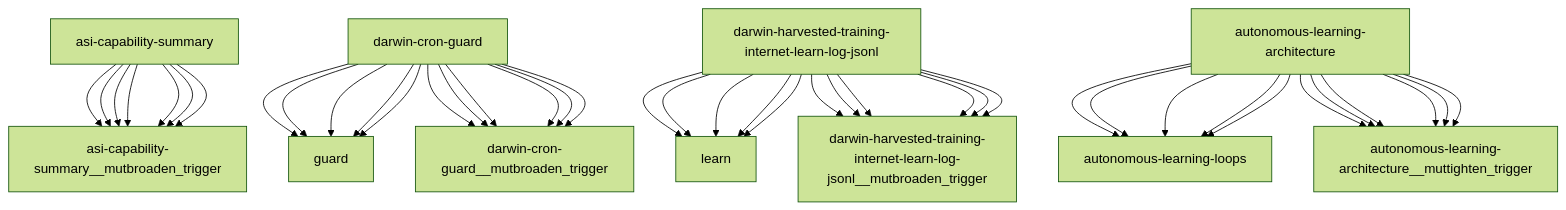
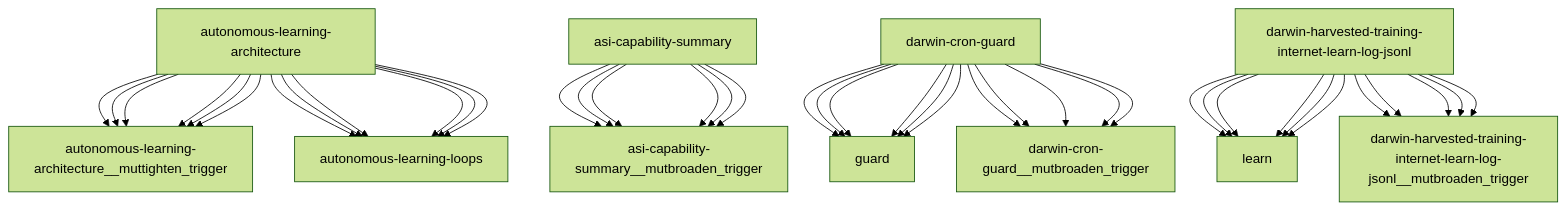
Before and after one commit to openamer/openamer: the diagram in reports/darwin-report.md, drawn with Mermaid (forest theme). The commit also changed other lines of this file and 21 other files, not shown here.

````diff
--- a/reports/darwin-report.md
+++ b/reports/darwin-report.md
@@ -74,43 +74,43 @@
 ```mermaid
 graph TD
+    autonomous-learning-architecture["autonomous-learning-architecture"] --> autonomous-learning-architecture__muttighten_trigger["autonomous-learning-architecture__muttighten_trigger"]
     asi-capability-summary["asi-capability-summary"] --> asi-capability-summary__mutbroaden_trigger["asi-capability-summary__mutbroaden_trigger"]
     darwin-cron-guard["darwin-cron-guard"] --> guard["guard"]
     darwin-harvested-training-internet-learn-log-jsonl["darwin-harvested-training-internet-learn-log-jsonl"] --> learn["learn"]
     autonomous-learning-architecture["autonomous-learning-architecture"] --> autonomous-learning-loops["autonomous-learning-loops"]
-    darwin-cron-guard["darwin-cron-guard"] --> darwin-cron-guard__mutbroaden_trigger["darwin-cron-guard__mutbroaden_trigger"]
-    darwin-harvested-training-internet-learn-log-jsonl["darwin-harvested-training-internet-learn-log-jsonl"] --> darwin-harvested-training-internet-learn-log-jsonl__mutbroaden_trigger["darwin-harvested-training-internet-learn-log-jsonl__mutbroaden_trigger"]
-    autonomous-learning-architecture["autonomous-learning-architecture"] --> autonomous-learning-architecture__muttighten_trigger["autonomous-learning-architecture__muttighten_trigger"]
-    asi-capability-summary["asi-capability-summary"] --> asi-capability-summary__mutbroaden_trigger["asi-capability-summary__mutbroaden_trigger"]
     darwin-cron-guard["darwin-cron-guard"] --> darwin-cron-guard__mutbroaden_trigger["darwin-cron-guard__mutbroaden_trigger"]
     darwin-harvested-training-internet-learn-log-jsonl["darwin-harvested-training-internet-learn-log-jsonl"] --> darwin-harvested-training-internet-learn-log-jsonl__mutbroaden_trigger["darwin-harvested-training-internet-learn-log-jsonl__mutbroaden_trigger"]
     autonomous-learning-architecture["autonomous-learning-architecture"] --> autonomous-learning-architecture__muttighten_trigger["autonomous-learning-architecture__muttighten_trigger"]
     asi-capability-summary["asi-capability-summary"] --> asi-capability-summary__mutbroaden_trigger["asi-capability-summary__mutbroaden_trigger"]
     darwin-cron-guard["darwin-cron-guard"] --> guard["guard"]
     darwin-harvested-training-internet-learn-log-jsonl["darwin-harvested-training-internet-learn-log-jsonl"] --> learn["learn"]
     autonomous-learning-architecture["autonomous-learning-architecture"] --> autonomous-learning-loops["autonomous-learning-loops"]
     darwin-cron-guard["darwin-cron-guard"] --> darwin-cron-guard__mutbroaden_trigger["darwin-cron-guard__mutbroaden_trigger"]
     darwin-harvested-training-internet-learn-log-jsonl["darwin-harvested-training-internet-learn-log-jsonl"] --> darwin-harvested-training-internet-learn-log-jsonl__mutbroaden_trigger["darwin-harvested-training-internet-learn-log-jsonl__mutbroaden_trigger"]
     autonomous-learning-architecture["autonomous-learning-architecture"] --> autonomous-learning-architecture__muttighten_trigger["autonomous-learning-architecture__muttighten_trigger"]
     asi-capability-summary["asi-capability-summary"] --> asi-capability-summary__mutbroaden_trigger["asi-capability-summary__mutbroaden_trigger"]
     darwin-cron-guard["darwin-cron-guard"] --> guard["guard"]
     darwin-harvested-training-internet-learn-log-jsonl["darwin-harvested-training-internet-learn-log-jsonl"] --> learn["learn"]
     autonomous-learning-architecture["autonomous-learning-architecture"] --> autonomous-learning-loops["autonomous-learning-loops"]
     darwin-cron-guard["darwin-cron-guard"] --> darwin-cron-guard__mutbroaden_trigger["darwin-cron-guard__mutbroaden_trigger"]
     darwin-harvested-training-internet-learn-log-jsonl["darwin-harvested-training-internet-learn-log-jsonl"] --> darwin-harvested-training-internet-learn-log-jsonl__mutbroaden_trigger["darwin-harvested-training-internet-learn-log-jsonl__mutbroaden_trigger"]
     autonomous-learning-architecture["autonomous-learning-architecture"] --> autonomous-learning-architecture__muttighten_trigger["autonomous-learning-architecture__muttighten_trigger"]
     asi-capability-summary["asi-capability-summary"] --> asi-capability-summary__mutbroaden_trigger["asi-capability-summary__mutbroaden_trigger"]
+    darwin-cron-guard["darwin-cron-guard"] --> guard["guard"]
+    darwin-harvested-training-internet-learn-log-jsonl["darwin-harvested-training-internet-learn-log-jsonl"] --> learn["learn"]
+    autonomous-learning-architecture["autonomous-learning-architecture"] --> autonomous-learning-loops["autonomous-learning-loops"]
     darwin-cron-guard["darwin-cron-guard"] --> darwin-cron-guard__mutbroaden_trigger["darwin-cron-guard__mutbroaden_trigger"]
     darwin-harvested-training-internet-learn-log-jsonl["darwin-harvested-training-internet-learn-log-jsonl"] --> darwin-harvested-training-internet-learn-log-jsonl__mutbroaden_trigger["darwin-harvested-training-internet-learn-log-jsonl__mutbroaden_trigger"]
     autonomous-learning-architecture["autonomous-learning-architecture"] --> autonomous-learning-architecture__muttighten_trigger["autonomous-learning-architecture__muttighten_trigger"]
     asi-capability-summary["asi-capability-summary"] --> asi-capability-summary__mutbroaden_trigger["asi-capability-summary__mutbroaden_trigger"]
     darwin-cron-guard["darwin-cron-guard"] --> guard["guard"]
     darwin-harvested-training-internet-learn-log-jsonl["darwin-harvested-training-internet-learn-log-jsonl"] --> learn["learn"]
     autonomous-learning-architecture["autonomous-learning-architecture"] --> autonomous-learning-loops["autonomous-learning-loops"]
     darwin-cron-guard["darwin-cron-guard"] --> darwin-cron-guard__mutbroaden_trigger["darwin-cron-guard__mutbroaden_trigger"]
     darwin-harvested-training-internet-learn-log-jsonl["darwin-harvested-training-internet-learn-log-jsonl"] --> darwin-harvested-training-internet-learn-log-jsonl__mutbroaden_trigger["darwin-harvested-training-internet-learn-log-jsonl__mutbroaden_trigger"]
     autonomous-learning-architecture["autonomous-learning-architecture"] --> autonomous-learning-architecture__muttighten_trigger["autonomous-learning-architecture__muttighten_trigger"]
     asi-capability-summary["asi-capability-summary"] --> asi-capability-summary__mutbroaden_trigger["asi-capability-summary__mutbroaden_trigger"]
     darwin-cron-guard["darwin-cron-guard"] --> guard["guard"]
     darwin-harvested-training-internet-learn-log-jsonl["darwin-harvested-training-internet-learn-log-jsonl"] --> learn["learn"]
     autonomous-learning-architecture["autonomous-learning-architecture"] --> autonomous-learning-loops["autonomous-learning-loops"]
 ```
````
